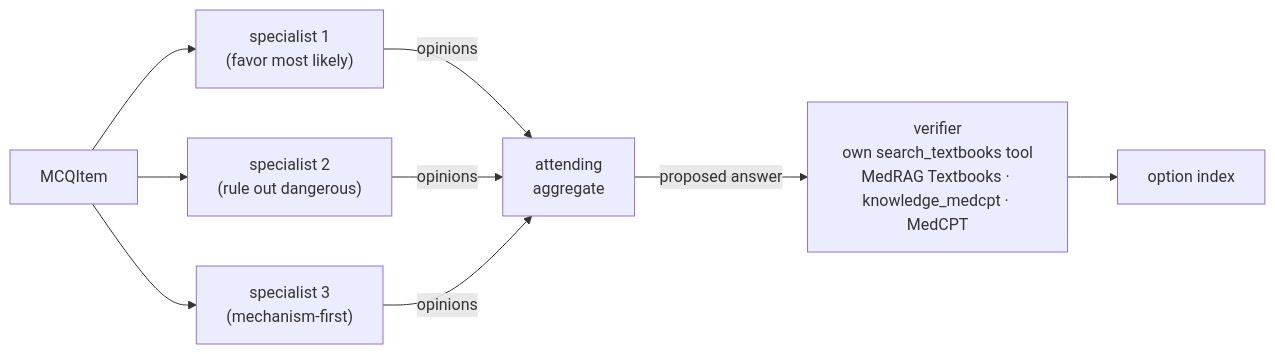
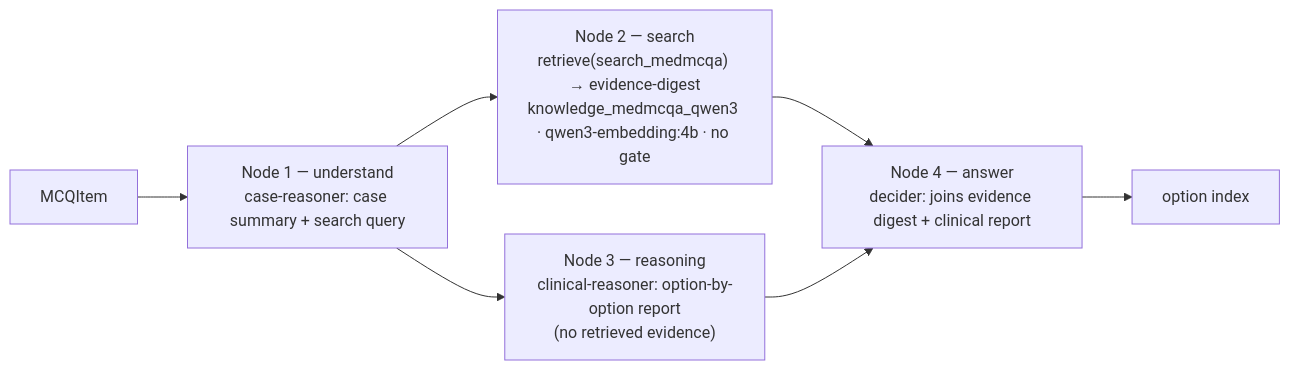
The fourth of 7 diagrams in docs/ARCHITECTURE.md (tigonguyen/langgraph-agent-hospital), drawn with Mermaid before and after one commit. The commit also changed other lines of this file and 3 other files, not shown here.

First line of the commit message:
docs: sync README/ARCHITECTURE/PLAN with the V0-V5 rebuild

````diff
--- a/docs/ARCHITECTURE.md
+++ b/docs/ARCHITECTURE.md
@@ -147,9 +145,8 @@
 ```mermaid
 flowchart LR
-    item["MCQItem"] --> p1["specialist 1<br/>(favor most likely)"]
-    item --> p2["specialist 2<br/>(rule out dangerous)"]
-    item --> p3["specialist 3<br/>(mechanism-first)"]
-    p1 & p2 & p3 -->|opinions| ag["attending<br/>aggregate"]
-    ag -->|proposed answer| vf["verifier<br/>own search_textbooks tool<br/>MedRAG Textbooks · knowledge_medcpt · MedCPT"]
-    vf --> idx["option index"]
+    item["MCQItem"] --> n1["Node 1 — understand<br/>case-reasoner: case summary + search query"]
+    n1 --> n2["Node 2 — search<br/>retrieve(search_medmcqa) → evidence-digest<br/>knowledge_medmcqa_qwen3 · qwen3-embedding:4b · no gate"]
+    n1 --> n3["Node 3 — reasoning<br/>clinical-reasoner: option-by-option report<br/>(no retrieved evidence)"]
+    n2 & n3 --> n4["Node 4 — answer<br/>decider: joins evidence digest + clinical report"]
+    n4 --> idx["option index"]
 ```
````
